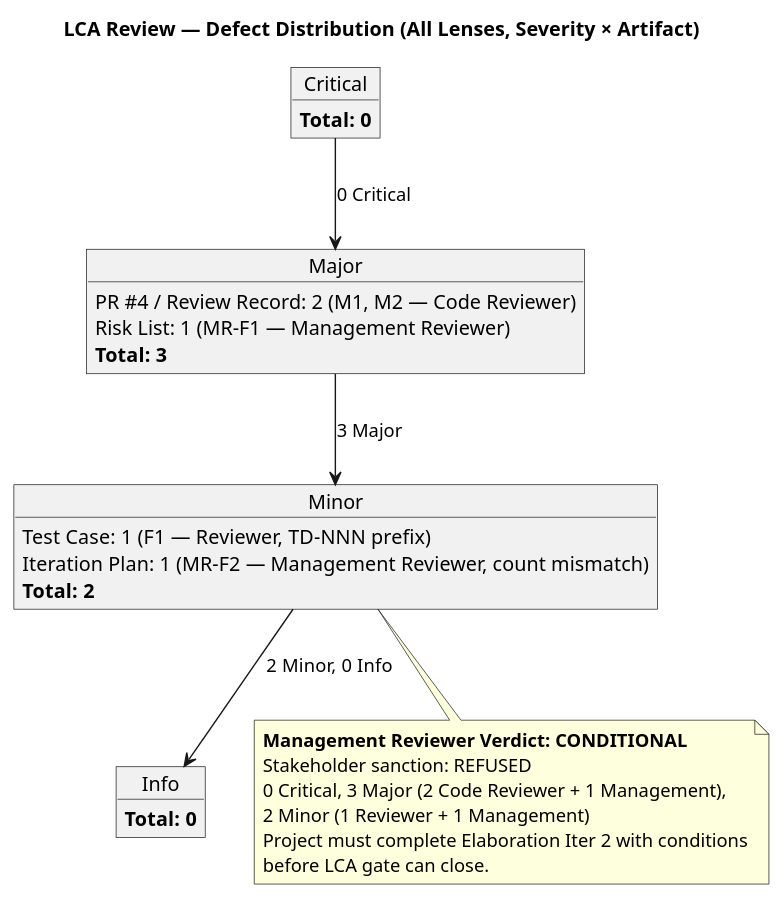
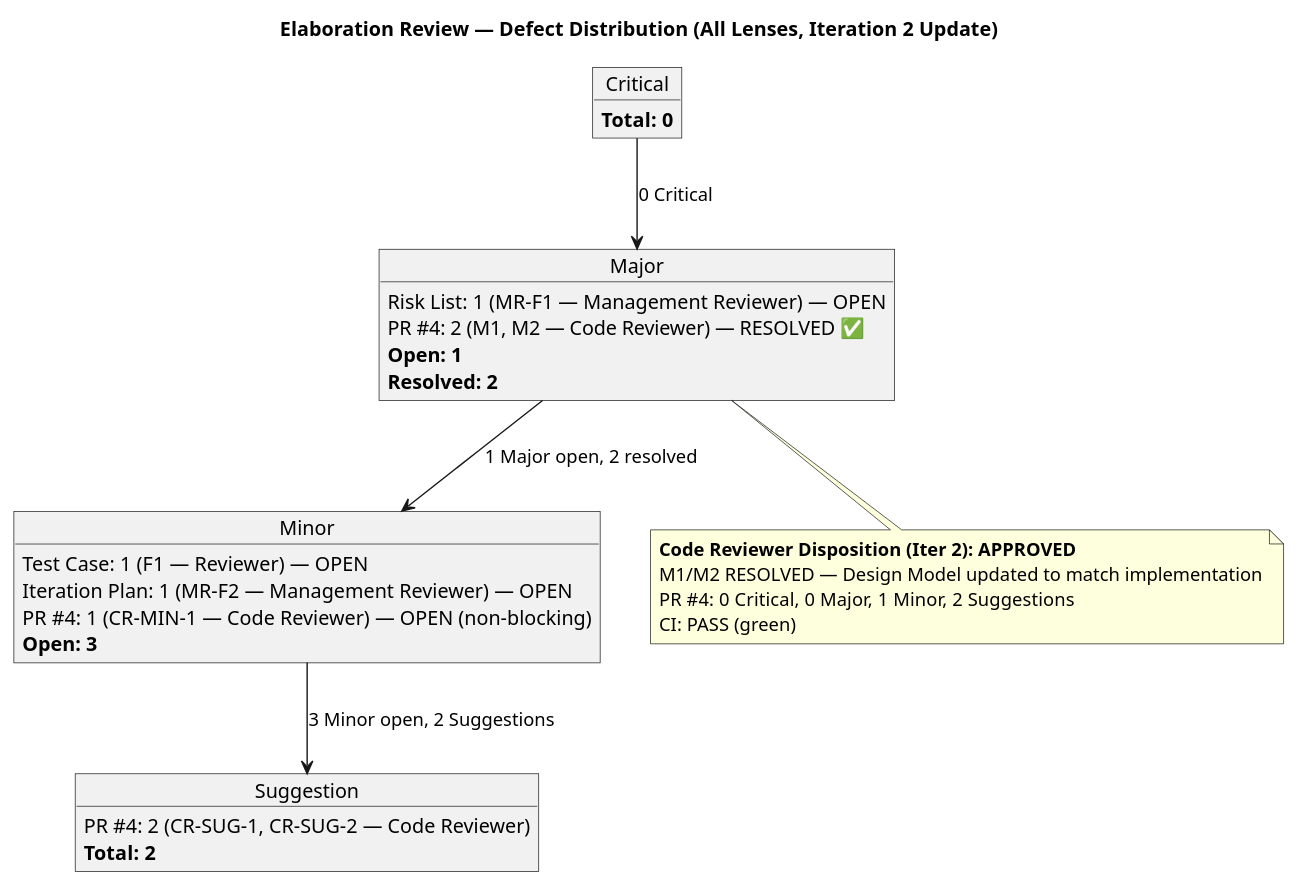
The fifth of 6 diagrams in docs/artifacts/project-management/review-record.md (banense-test/portal-cuba-corp), drawn with PlantUML before and after one commit. The commit also changed other lines of this file, not shown here.

First line of the commit message:
Code Reviewer [E2]: upsert Review Record

````diff
--- a/docs/artifacts/project-management/review-record.md
+++ b/docs/artifacts/project-management/review-record.md
@@ -365,41 +380,42 @@
 ```plantuml
 @startuml
-title LCA Review — Defect Distribution (All Lenses, Severity × Artifact)
+title Elaboration Review — Defect Distribution (All Lenses, Iteration 2 Update)
 
 skinparam classAttributeIconSize 0
 
 object "Critical" as CR {
   **Total: 0**
 }
 
 object "Major" as MA {
-  PR #4 / Review Record: 2 (M1, M2 — Code Reviewer)
-  Risk List: 1 (MR-F1 — Management Reviewer)
-  **Total: 3**
+  Risk List: 1 (MR-F1 — Management Reviewer) — OPEN
+  PR #4: 2 (M1, M2 — Code Reviewer) — RESOLVED ✅
+  **Open: 1**
+  **Resolved: 2**
 }
 
 object "Minor" as MI {
-  Test Case: 1 (F1 — Reviewer, TD-NNN prefix)
-  Iteration Plan: 1 (MR-F2 — Management Reviewer, count mismatch)
+  Test Case: 1 (F1 — Reviewer) — OPEN
+  Iteration Plan: 1 (MR-F2 — Management Reviewer) — OPEN
+  PR #4: 1 (CR-MIN-1 — Code Reviewer) — OPEN (non-blocking)
+  **Open: 3**
+}
+
+object "Suggestion" as SUG {
+  PR #4: 2 (CR-SUG-1, CR-SUG-2 — Code Reviewer)
   **Total: 2**
 }
 
-object "Info" as IN {
-  **Total: 0**
-}
+CR --> MA : 0 Critical
+MA --> MI : 1 Major open, 2 resolved
+MI --> SUG : 3 Minor open, 2 Suggestions
 
-CR --> MA : 0 Critical
-MA --> MI : 3 Major
-MI --> IN : 2 Minor, 0 Info
-
-note bottom of MI
-  **Management Reviewer Verdict: CONDITIONAL**
-  Stakeholder sanction: REFUSED
-  0 Critical, 3 Major (2 Code Reviewer + 1 Management),
-  2 Minor (1 Reviewer + 1 Management)
-  Project must complete Elaboration Iter 2 with conditions
-  before LCA gate can close.
+note bottom of MA
+  **Code Reviewer Disposition (Iter 2): APPROVED**
+  M1/M2 RESOLVED — Design Model updated to match implementation
+  PR #4: 0 Critical, 0 Major, 1 Minor, 2 Suggestions
+  CI: PASS (green)
 end note
 
 @enduml
 ```
````
